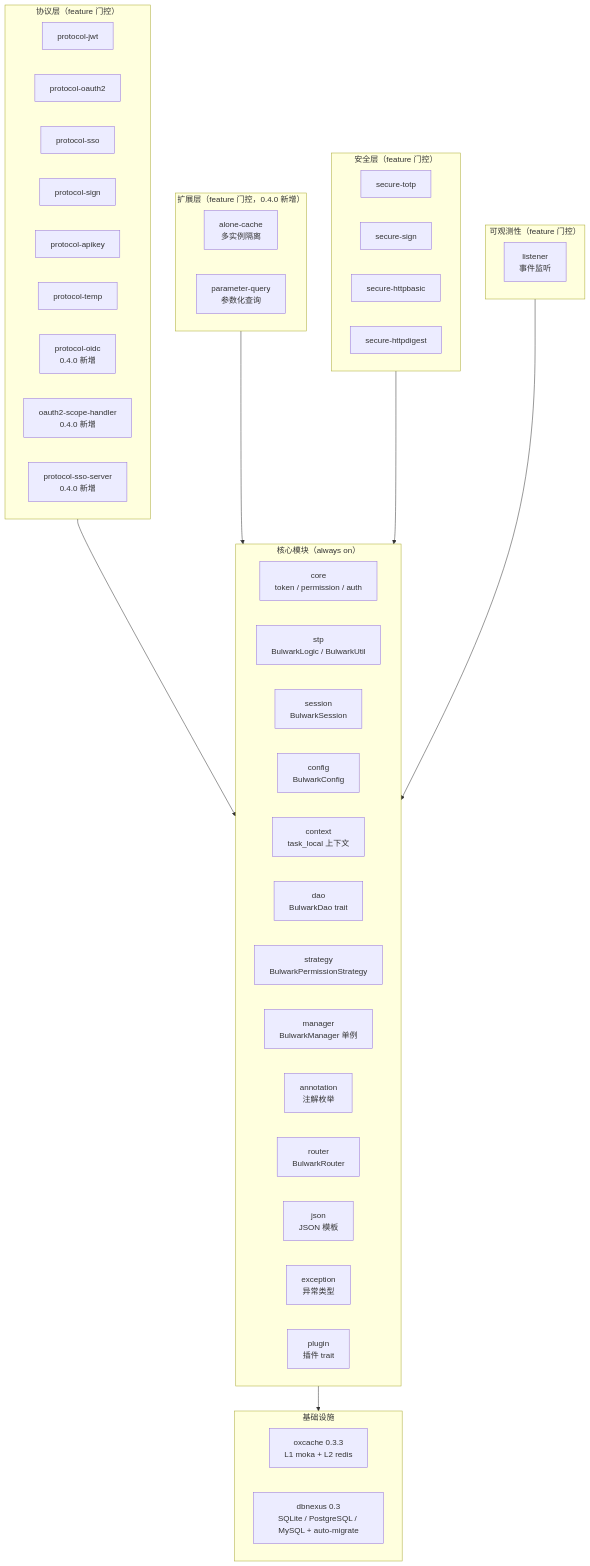
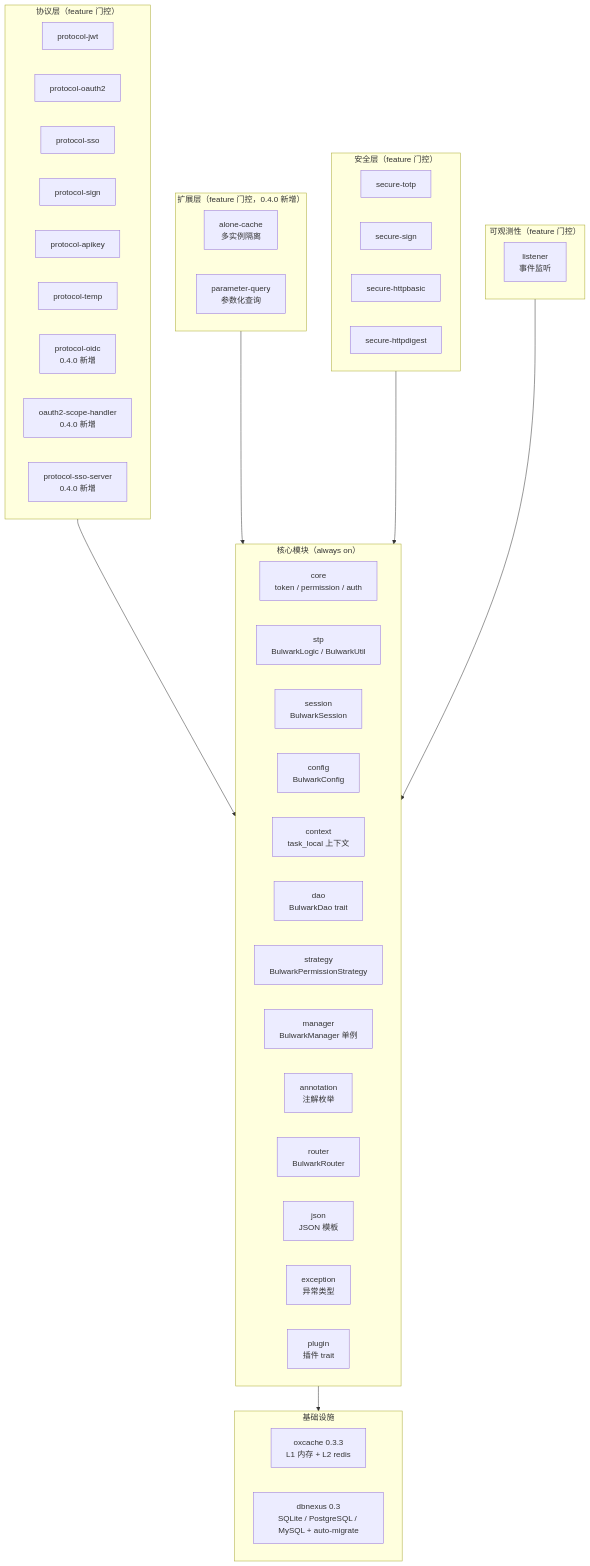
The first of 3 diagrams in docs/ARCHITECTURE.md (Kirky-X/garrison), drawn with Mermaid before and after one commit. The commit also changed other lines of this file and 136 other files, not shown here.

````diff
--- a/docs/ARCHITECTURE.md
+++ b/docs/ARCHITECTURE.md
@@ -48,57 +48,57 @@
 ```mermaid
 graph TB
     subgraph CoreLayer["核心模块（always on）"]
         core[core<br/>token / permission / auth]
         stp[stp<br/>BulwarkLogic / BulwarkUtil]
         session[session<br/>BulwarkSession]
         config[config<br/>BulwarkConfig]
         context[context<br/>task_local 上下文]
         dao[dao<br/>BulwarkDao trait]
         strategy[strategy<br/>BulwarkPermissionStrategy]
         manager[manager<br/>BulwarkManager 单例]
         annotation[annotation<br/>注解枚举]
         router[router<br/>BulwarkRouter]
         json[json<br/>JSON 模板]
         exception[exception<br/>异常类型]
         plugin[plugin<br/>插件 trait]
     end
 
     subgraph ProtocolLayer["协议层（feature 门控）"]
         protocol-jwt[protocol-jwt]
         oauth2[protocol-oauth2]
         sso[protocol-sso]
         sign[protocol-sign]
         apikey[protocol-apikey]
         temp[protocol-temp]
         oidc[protocol-oidc<br/>0.4.0 新增]
         scope-handler[oauth2-scope-handler<br/>0.4.0 新增]
         sso-server[protocol-sso-server<br/>0.4.0 新增]
     end
 
     subgraph ExtensionLayer["扩展层（feature 门控，0.4.0 新增）"]
         alone-cache[alone-cache<br/>多实例隔离]
         parameter-query[parameter-query<br/>参数化查询]
     end
 
     subgraph SecureLayer["安全层（feature 门控）"]
         secure-totp[secure-totp]
         secure-sign[secure-sign]
         httpbasic[secure-httpbasic]
         httpdigest[secure-httpdigest]
     end
 
     subgraph InfraLayer["基础设施"]
-        oxcache[oxcache 0.3.3<br/>L1 moka + L2 redis]
+        oxcache[oxcache 0.3.3<br/>L1 内存 + L2 redis]
         dbnexus[dbnexus 0.3<br/>SQLite / PostgreSQL / MySQL + auto-migrate]
     end
 
     subgraph Observable["可观测性（feature 门控）"]
         listener[listener<br/>事件监听]
     end
 
     CoreLayer --> InfraLayer
     ProtocolLayer --> CoreLayer
     ExtensionLayer --> CoreLayer
     SecureLayer --> CoreLayer
     Observable --> CoreLayer
 ```
````
